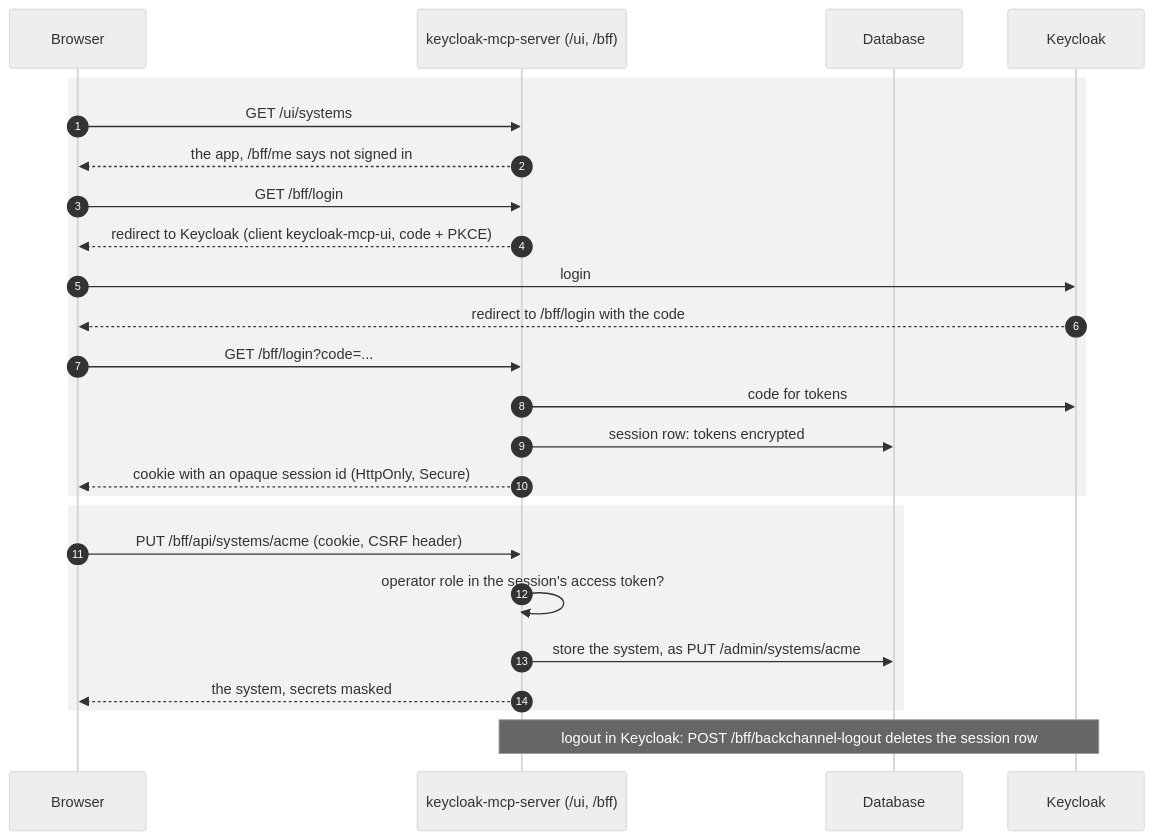
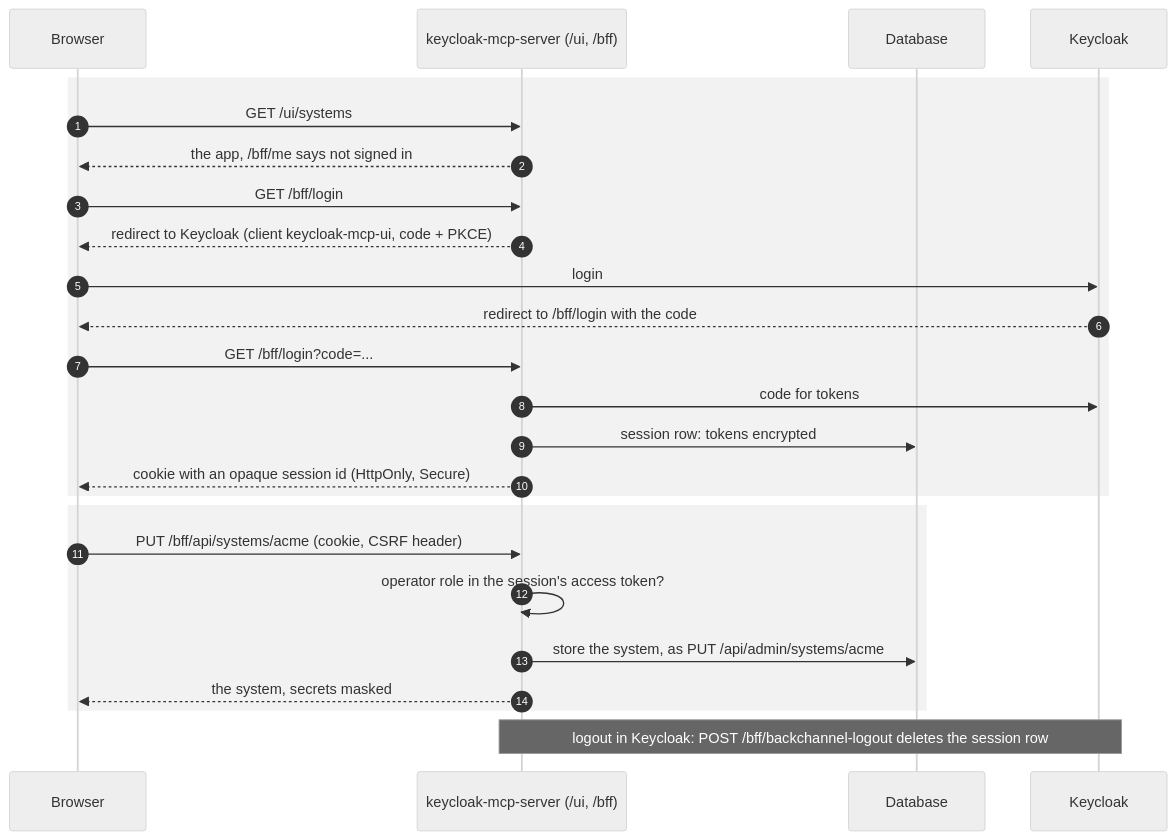
One commit to thomasdarimont/keycloak-mcp-server changed the eighth of 11 diagrams in docs/scenarios.md. Above: the diagram before and after it, drawn with Mermaid (neutral theme). The commit also changed other lines of this file and 138 other files, not shown here.

````diff
--- a/docs/scenarios.md
+++ b/docs/scenarios.md
@@ -284,27 +284,27 @@
 ```mermaid
 sequenceDiagram
     autonumber
     participant B as Browser
     participant S as keycloak-mcp-server (/ui, /bff)
     participant DB as Database
     participant K as Keycloak
     rect rgba(127,127,127,0.10)
     B->>S: GET /ui/systems
     S-->>B: the app, /bff/me says not signed in
     B->>S: GET /bff/login
     S-->>B: redirect to Keycloak (client keycloak-mcp-ui, code + PKCE)
     B->>K: login
     K-->>B: redirect to /bff/login with the code
     B->>S: GET /bff/login?code=...
     S->>K: code for tokens
     S->>DB: session row: tokens encrypted
     S-->>B: cookie with an opaque session id (HttpOnly, Secure)
     end
     rect rgba(127,127,127,0.10)
     B->>S: PUT /bff/api/systems/acme (cookie, CSRF header)
     S->>S: operator role in the session's access token?
-    S->>DB: store the system, as PUT /admin/systems/acme
+    S->>DB: store the system, as PUT /api/admin/systems/acme
     S-->>B: the system, secrets masked
     end
     Note over K,S: logout in Keycloak: POST /bff/backchannel-logout deletes the session row
 ```
````
